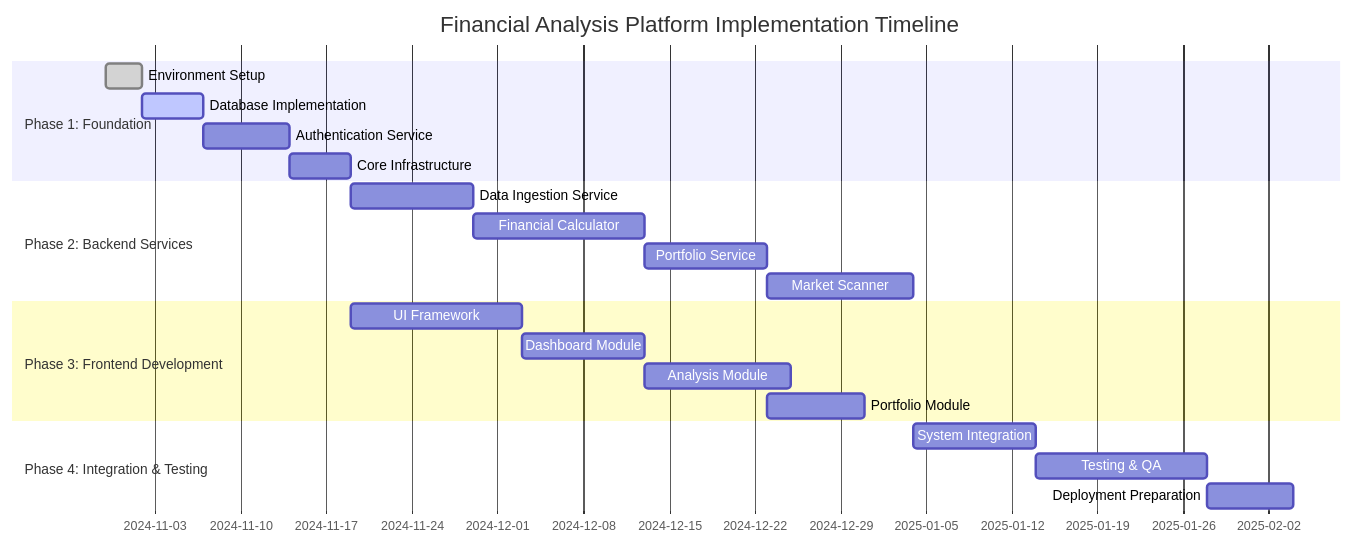
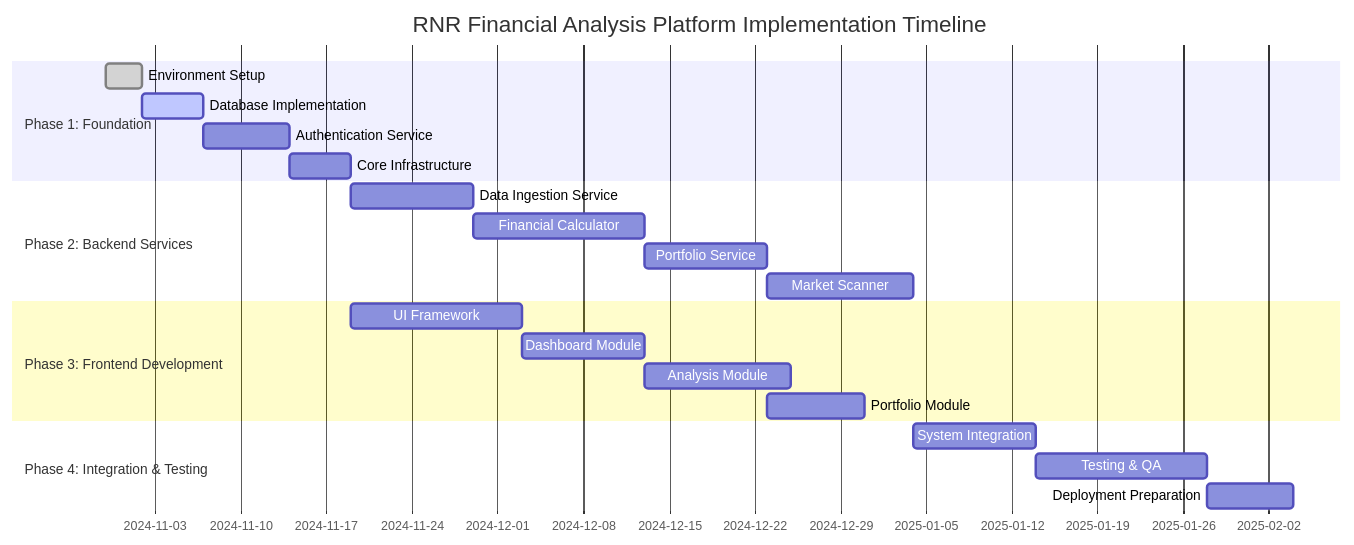
Before and after one commit to vincentspereira/RNR-Financial-Analysis-Platform: the diagram in docs/comprehensive-codebase-analysis.md, drawn with Mermaid. The commit also changed other lines of this file and 112 other files, not shown here.

````diff
--- a/docs/comprehensive-codebase-analysis.md
+++ b/docs/comprehensive-codebase-analysis.md
@@ -266,27 +266,27 @@
 ```mermaid
 gantt
-    title Financial Analysis Platform Implementation Timeline
+    title RNR Financial Analysis Platform Implementation Timeline
     dateFormat  YYYY-MM-DD
     section Phase 1: Foundation
     Environment Setup           :done, env, 2024-10-30, 3d
     Database Implementation     :active, db, 2024-11-02, 5d
     Authentication Service      :auth, after db, 7d
     Core Infrastructure        :infra, after auth, 5d
     
     section Phase 2: Backend Services
     Data Ingestion Service     :data, after infra, 10d
     Financial Calculator       :calc, after data, 14d
     Portfolio Service          :portfolio, after calc, 10d
     Market Scanner            :scanner, after portfolio, 12d
     
     section Phase 3: Frontend Development
     UI Framework              :ui, after infra, 14d
     Dashboard Module          :dashboard, after ui, 10d
     Analysis Module           :analysis, after calc, 12d
     Portfolio Module          :port-ui, after portfolio, 8d
     
     section Phase 4: Integration & Testing
     System Integration        :integration, after scanner, 10d
     Testing & QA             :testing, after integration, 14d
     Deployment Preparation    :deploy, after testing, 7d
 ```
````
